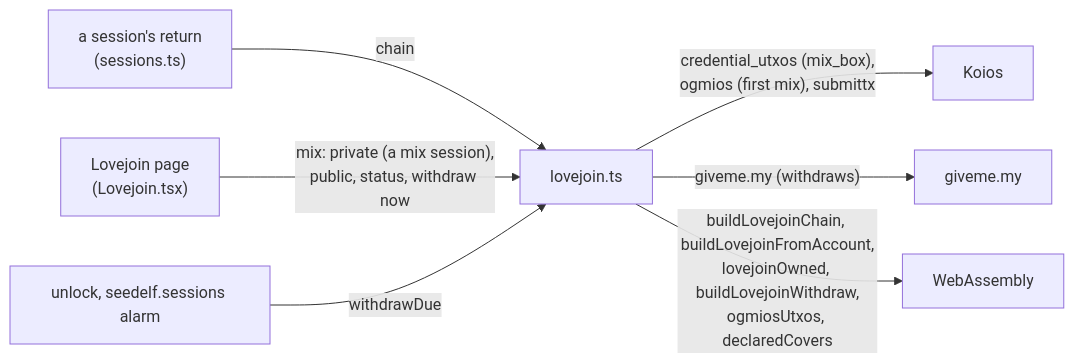
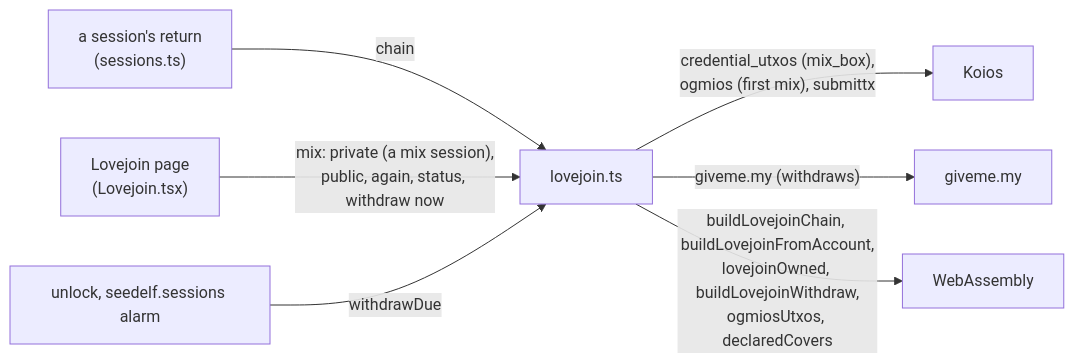
One commit to logical-mechanism/Seedelf-Wallet changed the fourth of 4 diagrams in seedelf-platform/seedelf-web-wallet/docs/architecture.md. Above: the diagram before and after it, drawn with Mermaid. The commit also changed other lines of this file and 23 other files, not shown here.

````diff
--- a/seedelf-platform/seedelf-web-wallet/docs/architecture.md
+++ b/seedelf-platform/seedelf-web-wallet/docs/architecture.md
@@ -406,9 +407,9 @@
 ```mermaid
 flowchart LR
   R["a session's return<br/>(sessions.ts)"] -- "chain" --> L["lovejoin.ts"]
-  T["Lovejoin page<br/>(Lovejoin.tsx)"] -- "mix: private (a mix session),<br/>public, status, withdraw now" --> L
+  T["Lovejoin page<br/>(Lovejoin.tsx)"] -- "mix: private (a mix session),<br/>public, again, status, withdraw now" --> L
   A["unlock, seedelf.sessions alarm"] -- "withdrawDue" --> L
   L -- "credential_utxos (mix_box),<br/>ogmios (first mix), submittx" --> K["Koios"]
   L -- "giveme.my (withdraws)" --> G["giveme.my"]
   L -- "buildLovejoinChain, buildLovejoinFromAccount,<br/>lovejoinOwned, buildLovejoinWithdraw,<br/>ogmiosUtxos, declaredCovers" --> X["WebAssembly"]
 ```
````
